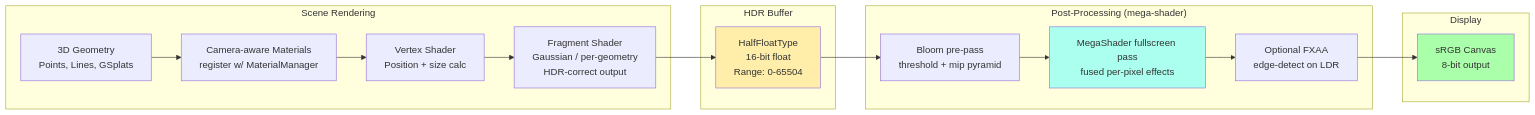
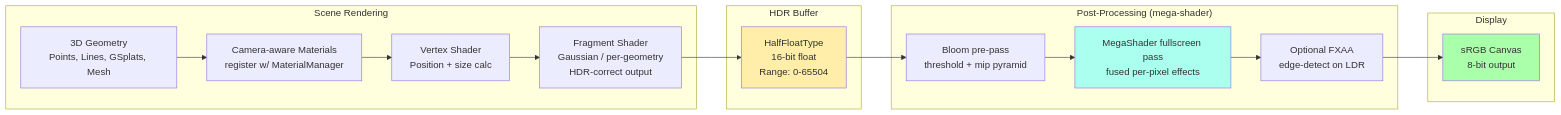
Before and after one commit to royerlab/luxar: the third of 12 diagrams in packages/luxar-viewer/ARCHITECTURE-DIAGRAMS.md, drawn with Mermaid. The commit also changed other lines of this file and 43 other files, not shown here.

````diff
--- a/packages/luxar-viewer/ARCHITECTURE-DIAGRAMS.md
+++ b/packages/luxar-viewer/ARCHITECTURE-DIAGRAMS.md
@@ -336,30 +337,30 @@
 ```mermaid
 graph LR
     subgraph "Scene Rendering"
-        A[3D Geometry<br/>Points, Lines, GSplats]
+        A[3D Geometry<br/>Points, Lines, GSplats, Mesh]
         B[Camera-aware Materials<br/>register w/ MaterialManager]
         C[Vertex Shader<br/>Position + size calc]
         D[Fragment Shader<br/>Gaussian / per-geometry<br/>HDR-correct output]
     end
 
     subgraph "HDR Buffer"
         E[HalfFloatType<br/>16-bit float<br/>Range: 0-65504]
     end
 
     subgraph "Post-Processing (mega-shader)"
         F[Bloom pre-pass<br/>threshold + mip pyramid]
         H[MegaShader fullscreen pass<br/>fused per-pixel effects]
         I0[Optional FXAA<br/>edge-detect on LDR]
     end
 
     subgraph "Display"
         I[sRGB Canvas<br/>8-bit output]
     end
 
     A --> B --> C --> D --> E
     E --> F --> H --> I0 --> I
 
     style E fill:#ffeeaa
     style H fill:#aaffee
     style I fill:#aaffaa
 ```
````
